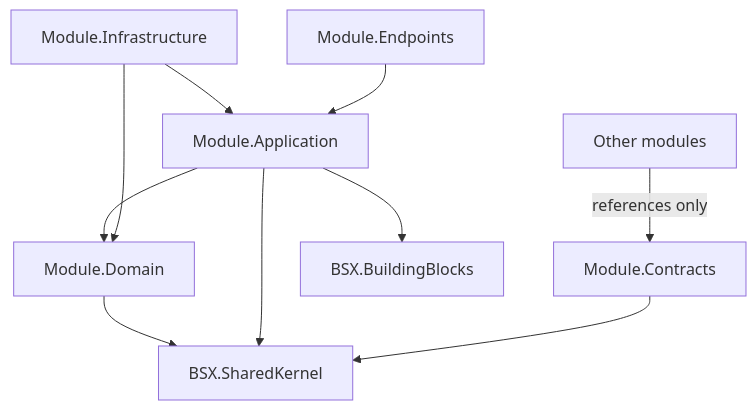
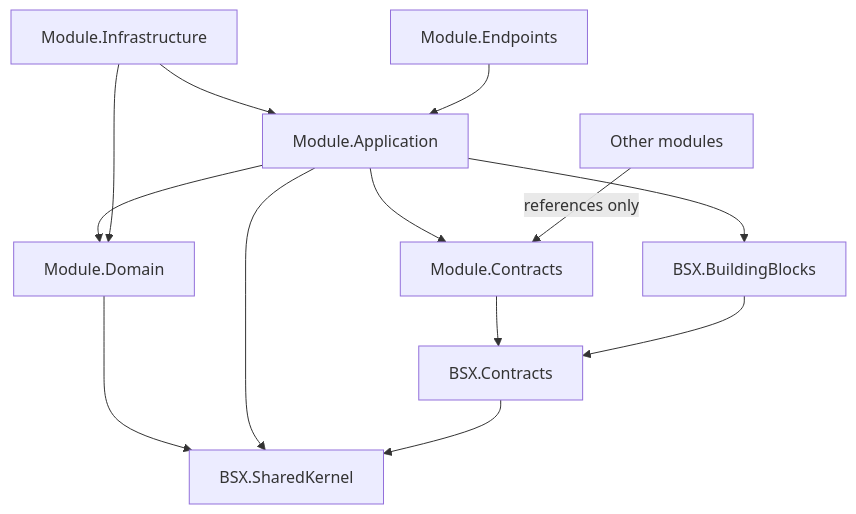
Before and after one commit to jb-coder/BSX.Platform: the first of 2 diagrams in docs/diagrams/module-structure.md, drawn with Mermaid. The commit also changed other lines of this file and 25 other files, not shown here.

Commit message:
docs(identity): complete architectural design and hardening

````diff
--- a/docs/diagrams/module-structure.md
+++ b/docs/diagrams/module-structure.md
@@ -23,21 +31,25 @@
 ```mermaid
 flowchart TD
     DOMAIN["Module.Domain"]
     APP["Module.Application"]
     INFRA["Module.Infrastructure"]
     EP["Module.Endpoints"]
     CONTRACTS["Module.Contracts"]
-    SK[BSX.SharedKernel]
-    BB[BSX.BuildingBlocks]
-    OTHER[Other modules]
+    SK["BSX.SharedKernel"]
+    CON["BSX.Contracts"]
+    BB["BSX.BuildingBlocks"]
+    OTHER["Other modules"]
 
     DOMAIN --> SK
     APP --> DOMAIN
+    APP --> CONTRACTS
     APP --> BB
     APP --> SK
     INFRA --> APP
     INFRA --> DOMAIN
     EP --> APP
-    CONTRACTS --> SK
+    CONTRACTS --> CON
+    CON --> SK
+    BB --> CON
     OTHER -->|"references only"| CONTRACTS
 ```
````
